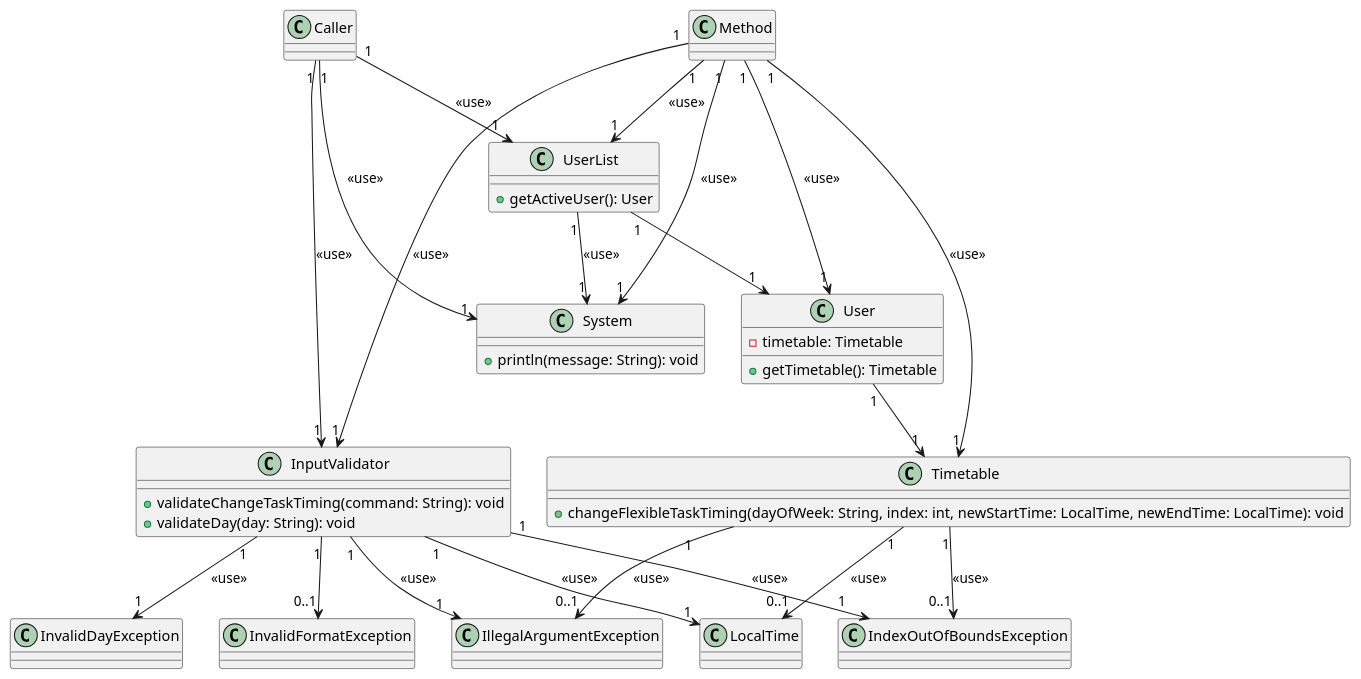
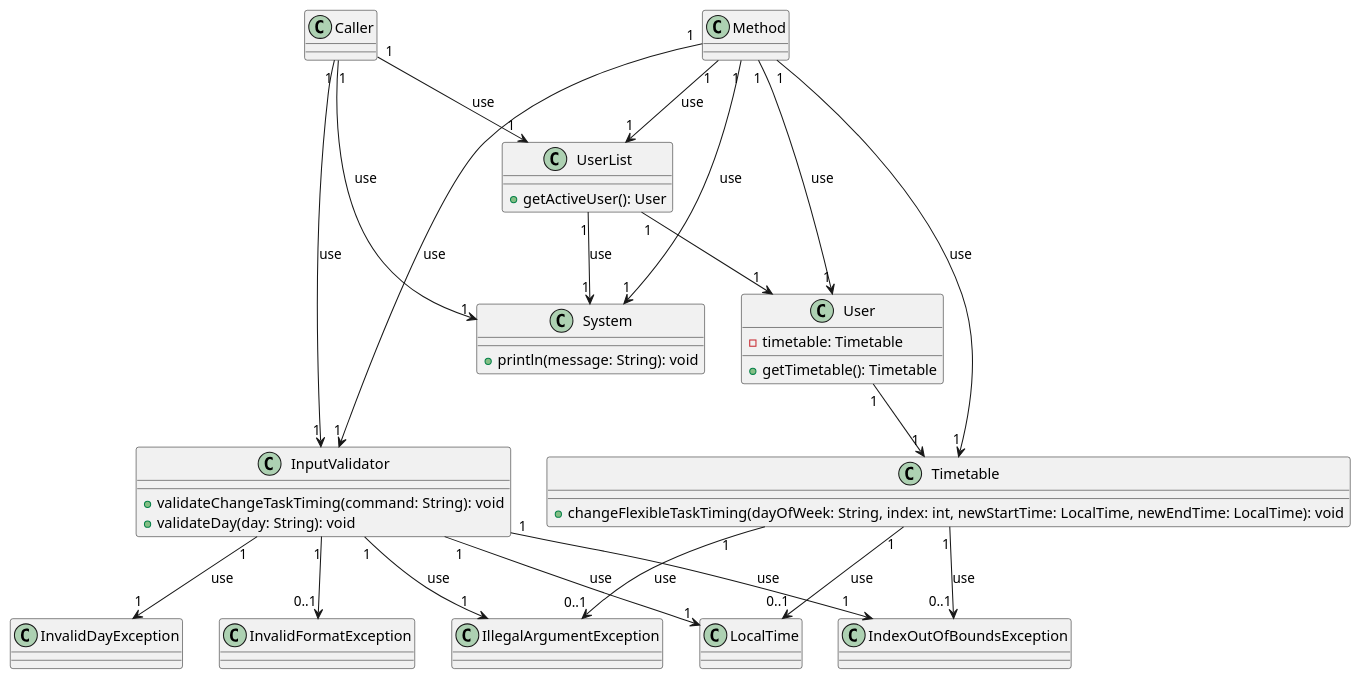
Before and after one commit to ZhuSijia0711/tp: the diagram in docs/changeTaskTimingClassDiagram.puml, drawn with PlantUML. The commit also changed 9 other files, not shown here.

Commit message:
Fixing DG diagrams

```diff
--- a/docs/changeTaskTimingClassDiagram.puml
+++ b/docs/changeTaskTimingClassDiagram.puml
@@ -1,51 +1,51 @@
 @startuml
 class InputValidator {
     +validateChangeTaskTiming(command: String): void
     +validateDay(day: String): void
 }
 
 class UserList {
     +getActiveUser(): User
 }
 
 class User {
     -timetable: Timetable
     +getTimetable(): Timetable
 }
 
 class Timetable {
     +changeFlexibleTaskTiming(dayOfWeek: String, index: int, newStartTime: LocalTime, newEndTime: LocalTime): void
 }
 
 class IndexOutOfBoundsException
 class IllegalArgumentException
 
 class System {
     +println(message: String): void
 }
 
 class LocalTime
 class InvalidDayException
 class InvalidFormatException
 
 InputValidator "1" --> "0..1" InvalidFormatException
 UserList "1" --> "1" User
 User "1" --> "1" Timetable
 
-Caller "1" --> "1" InputValidator: <<use>>
-Caller "1" --> "1" UserList: <<use>>
-Caller "1" --> "1" System: <<use>>
-UserList "1" --> "1" System: <<use>>
-InputValidator "1" --> "1" InvalidDayException: <<use>>
-InputValidator "1" --> "1" IndexOutOfBoundsException: <<use>>
-InputValidator "1" --> "1" IllegalArgumentException: <<use>>
-InputValidator "1" --> "1" LocalTime: <<use>>
-Method "1" --> "1" InputValidator: <<use>>
-Method "1" --> "1" UserList: <<use>>
-Method "1" --> "1" User: <<use>>
-Method "1" --> "1" Timetable: <<use>>
-Method "1" --> "1" System: <<use>>
-Timetable "1" --> "0..1" LocalTime: <<use>>
-Timetable "1" --> "0..1" IndexOutOfBoundsException: <<use>>
-Timetable "1" --> "0..1" IllegalArgumentException: <<use>>
+Caller "1" --> "1" InputValidator: use
+Caller "1" --> "1" UserList: use
+Caller "1" --> "1" System: use
+UserList "1" --> "1" System: use
+InputValidator "1" --> "1" InvalidDayException: use
+InputValidator "1" --> "1" IndexOutOfBoundsException: use
+InputValidator "1" --> "1" IllegalArgumentException: use
+InputValidator "1" --> "1" LocalTime: use
+Method "1" --> "1" InputValidator: use
+Method "1" --> "1" UserList: use
+Method "1" --> "1" User: use
+Method "1" --> "1" Timetable: use
+Method "1" --> "1" System: use
+Timetable "1" --> "0..1" LocalTime: use
+Timetable "1" --> "0..1" IndexOutOfBoundsException: use
+Timetable "1" --> "0..1" IllegalArgumentException: use
 @enduml
```
